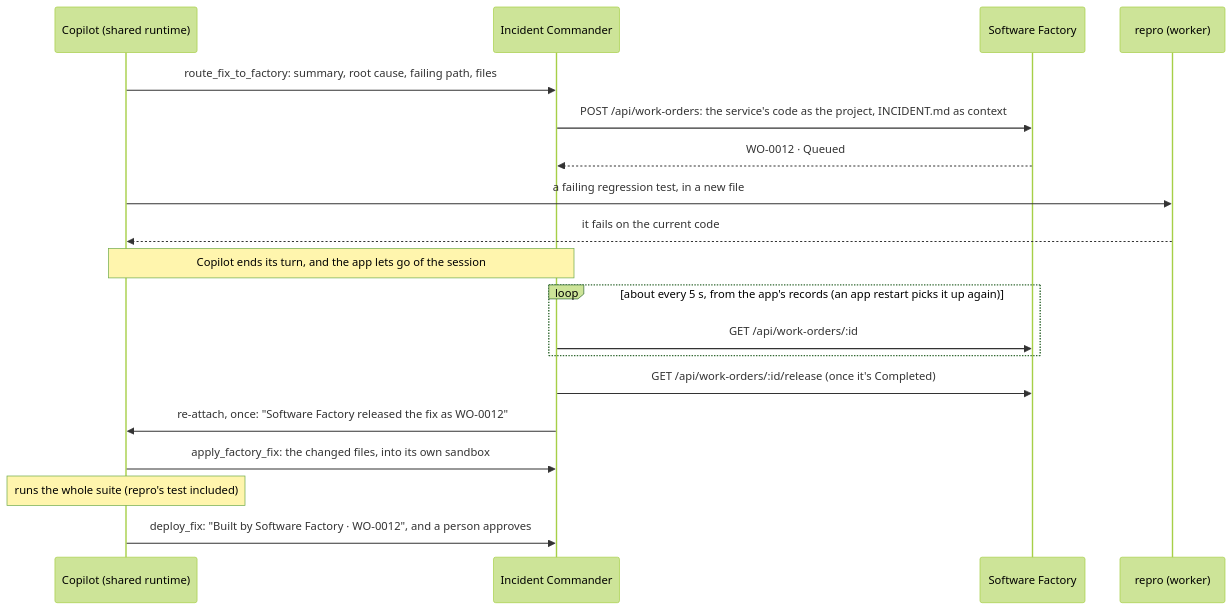
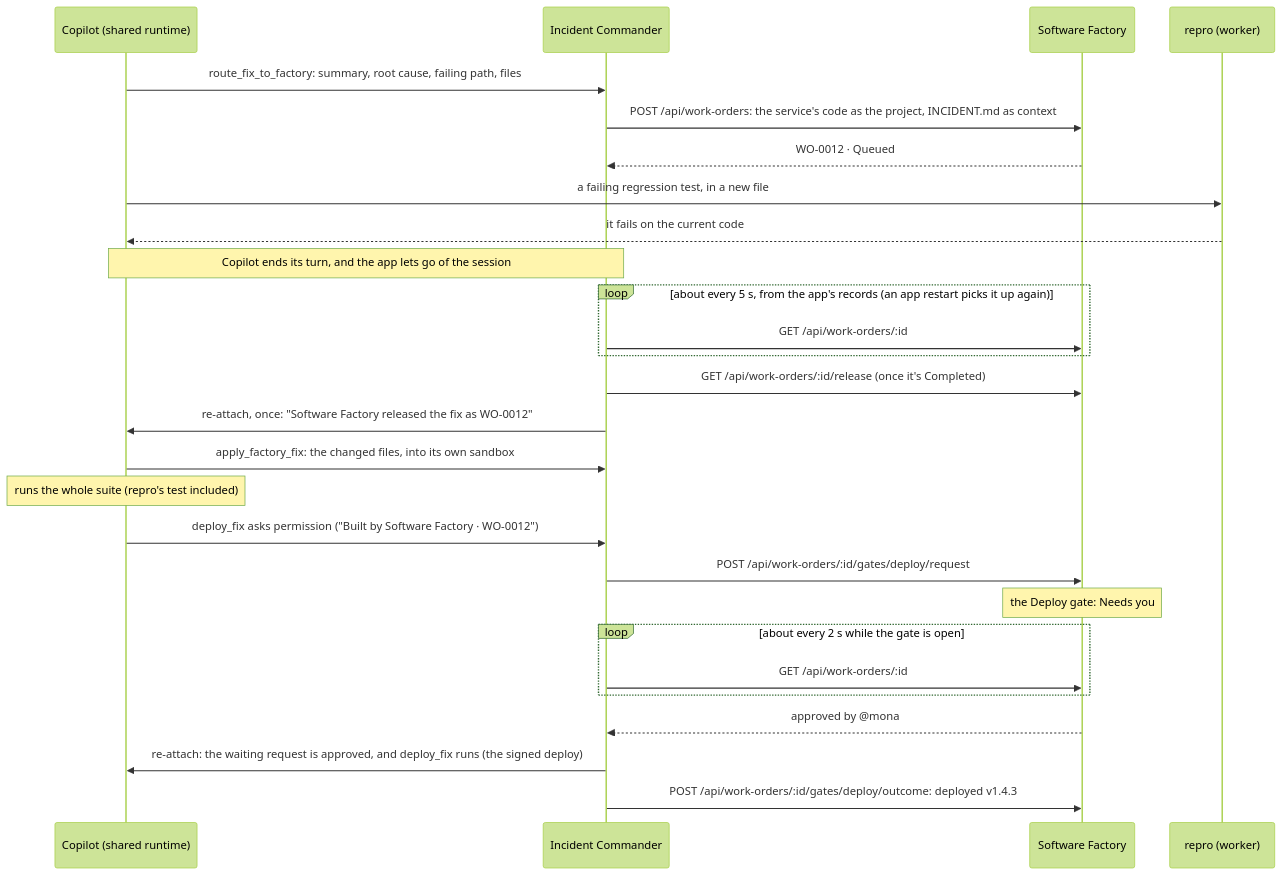
The second of 3 diagrams in demos/incident-commander/README.md (patniko/managed-copilot-sdk), drawn with Mermaid (forest theme) before and after one commit. The commit also changed other lines of this file and 54 other files, not shown here.

First line of the commit message:
Launch day: Data Desk before on-call, a Deploy gate in Software Factory, and Help Desk known issues

````diff
--- a/demos/incident-commander/README.md
+++ b/demos/incident-commander/README.md
@@ -106,21 +110,29 @@
 ```mermaid
 sequenceDiagram
   participant C as Copilot (shared runtime)
   participant A as Incident Commander
   participant F as Software Factory
   participant R as repro (worker)
   C->>A: route_fix_to_factory: summary, root cause, failing path, files
   A->>F: POST /api/work-orders: the service's code as the project, INCIDENT.md as context
   F-->>A: WO-0012 · Queued
   C->>R: a failing regression test, in a new file
   R-->>C: it fails on the current code
   Note over C,A: Copilot ends its turn, and the app lets go of the session
   loop about every 5 s, from the app's records (an app restart picks it up again)
     A->>F: GET /api/work-orders/:id
   end
   A->>F: GET /api/work-orders/:id/release (once it's Completed)
   A->>C: re-attach, once: "Software Factory released the fix as WO-0012"
   C->>A: apply_factory_fix: the changed files, into its own sandbox
   Note over C: runs the whole suite (repro's test included)
-  C->>A: deploy_fix: "Built by Software Factory · WO-0012", and a person approves
+  C->>A: deploy_fix asks permission ("Built by Software Factory · WO-0012")
+  A->>F: POST /api/work-orders/:id/gates/deploy/request
+  Note over F: the Deploy gate: Needs you
+  loop about every 2 s while the gate is open
+    A->>F: GET /api/work-orders/:id
+  end
+  F-->>A: approved by @mona
+  A->>C: re-attach: the waiting request is approved, and deploy_fix runs (the signed deploy)
+  A->>F: POST /api/work-orders/:id/gates/deploy/outcome: deployed v1.4.3
 ```
````
